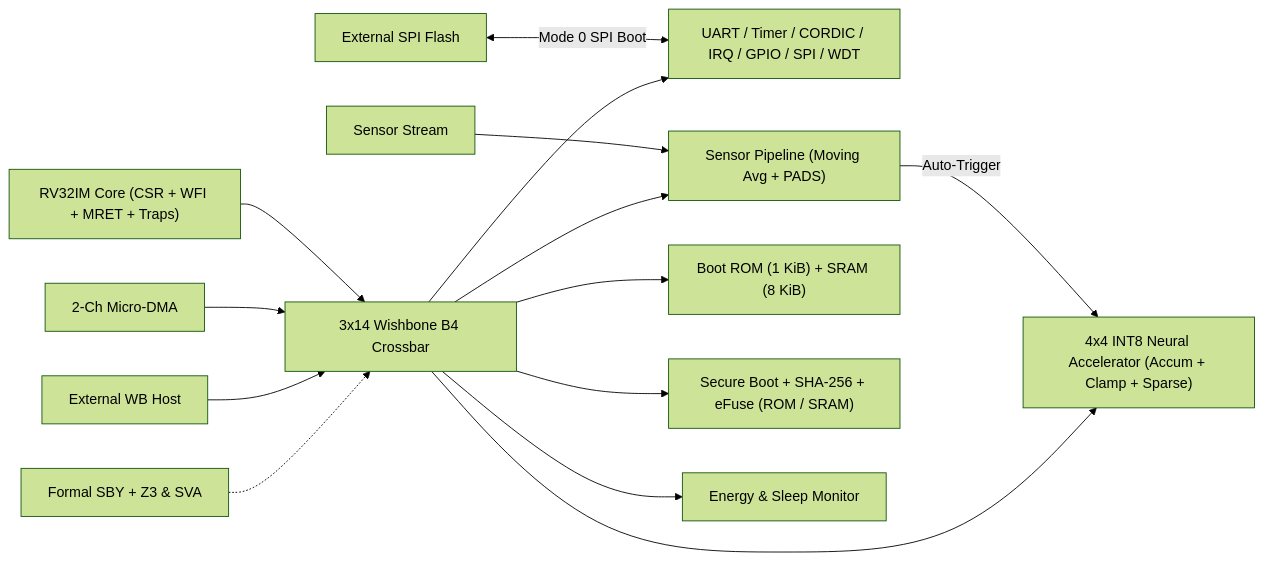
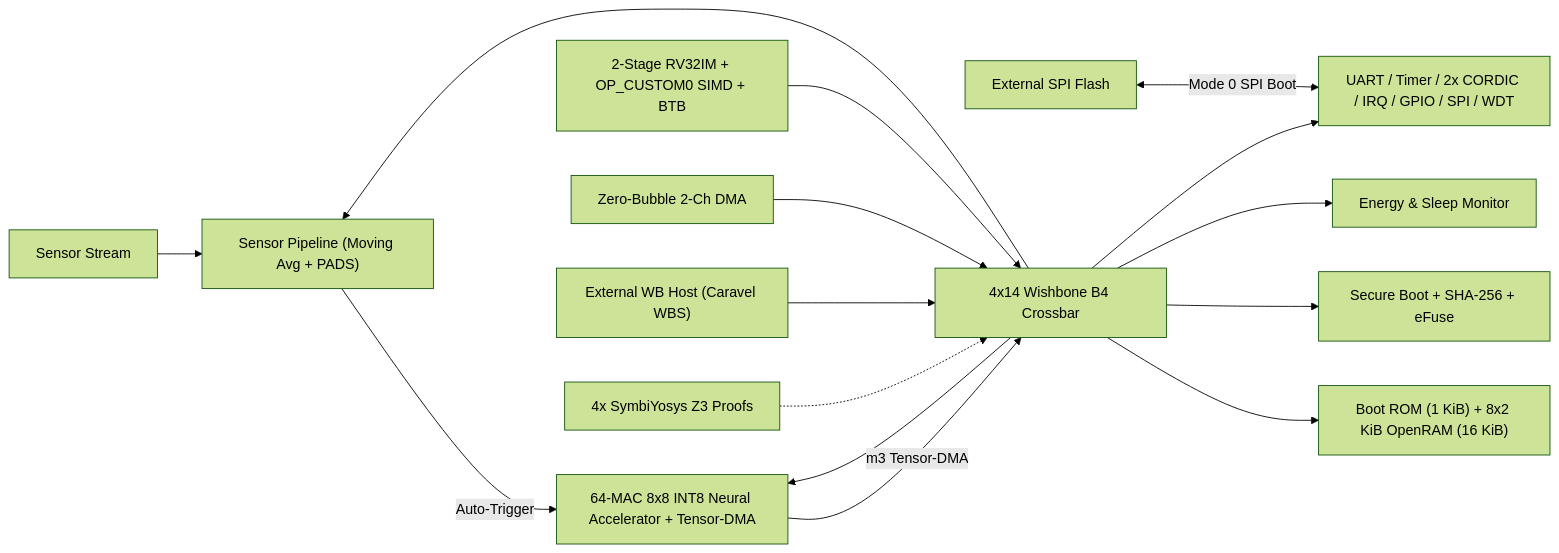
One commit to ak495867/ORX-1 changed the diagram in README.md. Above: the diagram before and after it, drawn with Mermaid (forest theme). The commit also changed other lines of this file and 43 other files, not shown here.

First line of the commit message:
Add Tensor-DMA and OpenRAM floorplanning

````diff
--- a/README.md
+++ b/README.md
@@ -29,16 +29,17 @@
 ```mermaid
 flowchart LR
-  SPI["External SPI Flash"] <-->|"Mode 0 SPI Boot"| IO["UART / Timer / CORDIC / IRQ / GPIO / SPI / WDT"]
+  SPI["External SPI Flash"] <-->|"Mode 0 SPI Boot"| IO["UART / Timer / 2x CORDIC / IRQ / GPIO / SPI / WDT"]
   S["Sensor Stream"] --> P["Sensor Pipeline (Moving Avg + PADS)"]
-  P -->|"Auto-Trigger"| A["4x4 INT8 Neural Accelerator (Accum + Clamp + Sparse)"]
-  C["RV32IM Core (CSR + WFI + MRET + Traps)"] --> M["3x14 Wishbone B4 Crossbar"]
-  D["2-Ch Micro-DMA"] --> M
-  H["External WB Host"] --> M
-  M --> R["Boot ROM (1 KiB) + SRAM (8 KiB)"]
+  P -->|"Auto-Trigger"| A["64-MAC 8x8 INT8 Neural Accelerator + Tensor-DMA"]
+  C["2-Stage RV32IM + OP_CUSTOM0 SIMD + BTB"] --> M["4x14 Wishbone B4 Crossbar"]
+  D["Zero-Bubble 2-Ch DMA"] --> M
+  H["External WB Host (Caravel WBS)"] --> M
+  A -->|"m3 Tensor-DMA"| M
+  M --> R["Boot ROM (1 KiB) + 8x2 KiB OpenRAM (16 KiB)"]
   M --> P
   M --> A
-  M --> B["Secure Boot + SHA-256 + eFuse (ROM / SRAM)"]
+  M --> B["Secure Boot + SHA-256 + eFuse"]
   M --> E["Energy & Sleep Monitor"]
   M --> IO
-  F["Formal SBY + Z3 & SVA"] -.-> M
+  F["4x SymbiYosys Z3 Proofs"] -.-> M
 ```
````
